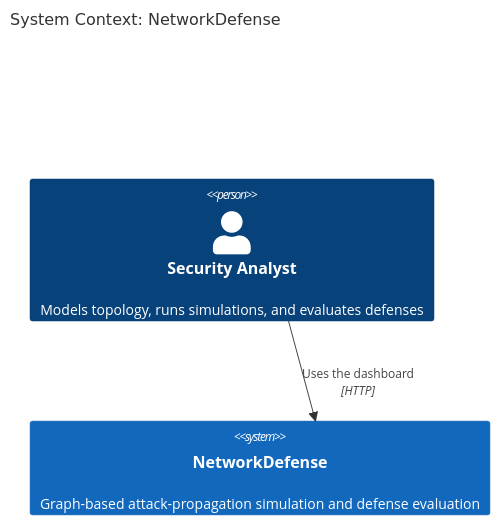
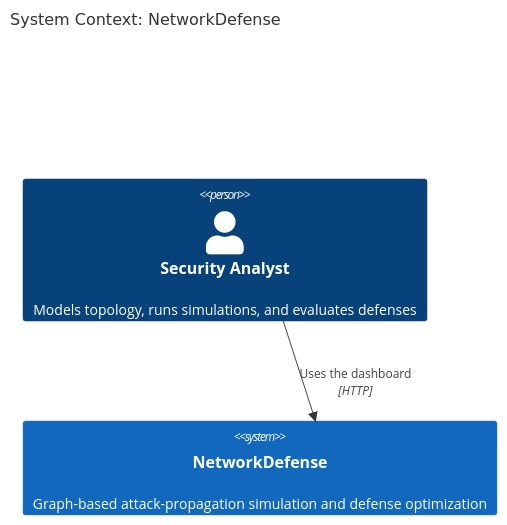
One commit to michalo1334/master_thesis changed the first of 5 diagrams in docs/architecture.md. Above: the diagram before and after it, drawn with Mermaid. The commit also changed other lines of this file and 326 other files, not shown here.

````diff
--- a/docs/architecture.md
+++ b/docs/architecture.md
@@ -9,9 +9,9 @@
 ```mermaid
 C4Context
   title System Context: NetworkDefense
 
   Person(securityAnalyst, "Security Analyst", "Models topology, runs simulations, and evaluates defenses")
-  System(networkDefense, "NetworkDefense", "Graph-based attack-propagation simulation and defense evaluation")
+  System(networkDefense, "NetworkDefense", "Graph-based attack-propagation simulation and defense optimization")
 
   Rel(securityAnalyst, networkDefense, "Uses the dashboard", "HTTP")
 ```
````
